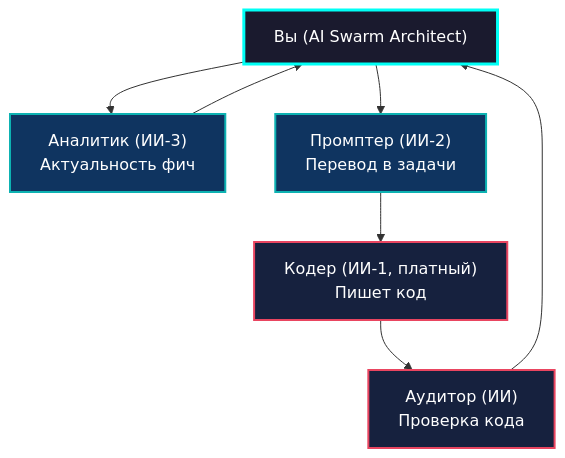
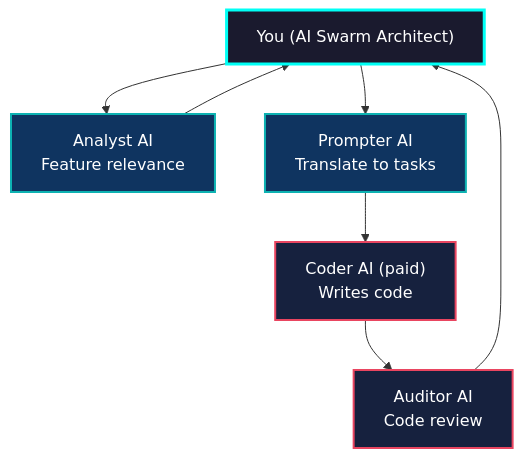
Before and after one commit to pslergy/Pslergy: the diagram in README.md, drawn with Mermaid. The commit also changed other lines of this file, not shown here.

````diff
--- a/README.md
+++ b/README.md
@@ -68,18 +68,18 @@
 ```mermaid
 flowchart TD
-    A["Вы (AI Swarm Architect)"]
-    A --> B["Аналитик (ИИ-3)<br/>Актуальность фич"]
-    A --> C["Промптер (ИИ-2)<br/>Перевод в задачи"]
+    A["You (AI Swarm Architect)"]
+    A --> B["Analyst AI<br/>Feature relevance"]
+    A --> C["Prompter AI<br/>Translate to tasks"]
     
-    C --> D["Кодер (ИИ-1, платный)<br/>Пишет код"]
-    D --> E["Аудитор (ИИ)<br/>Проверка кода"]
+    C --> D["Coder AI (paid)<br/>Writes code"]
+    D --> E["Auditor AI<br/>Code review"]
     
     E --> A
     B --> A
 
     style A fill:#1a1a2e,stroke:#00fff5,stroke-width:3px,color:#fff
     style D fill:#16213e,stroke:#e94560,stroke-width:2px,color:#fff
     style E fill:#16213e,stroke:#e94560,stroke-width:2px,color:#fff
     style B fill:#0f3460,stroke:#0db2b2,stroke-width:2px,color:#fff
     style C fill:#0f3460,stroke:#0db2b2,stroke-width:2px,color:#fff
 ```
````
